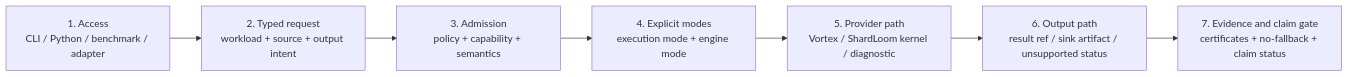
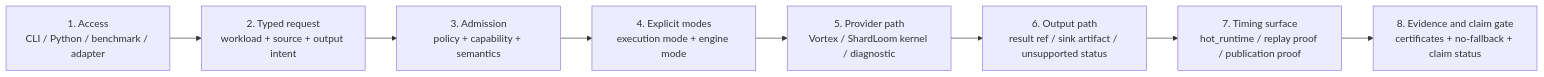
The first of 8 diagrams in website-public/assets/data/compute-engine-flow-reference.md (depsilon/shardloom), drawn with Mermaid before and after one commit. The commit also changed other lines of this file and 110 other files, not shown here.

First line of the commit message:
Overhaul website current-state evidence surface (#1139)

````diff
--- a/website-public/assets/data/compute-engine-flow-reference.md
+++ b/website-public/assets/data/compute-engine-flow-reference.md
@@ -173,12 +173,13 @@
 ```mermaid
 flowchart LR
     ACCESS["1. Access<br/>CLI / Python / benchmark / adapter"]
     REQUEST["2. Typed request<br/>workload + source + output intent"]
     ADMISSION["3. Admission<br/>policy + capability + semantics"]
     MODE["4. Explicit modes<br/>execution mode + engine mode"]
     PROVIDER["5. Provider path<br/>Vortex / ShardLoom kernel / diagnostic"]
     OUTPUT["6. Output path<br/>result ref / sink artifact / unsupported status"]
-    EVIDENCE["7. Evidence and claim gate<br/>certificates + no-fallback + claim status"]
+    TIMING["7. Timing surface<br/>hot_runtime / replay proof / publication proof"]
+    EVIDENCE["8. Evidence and claim gate<br/>certificates + no-fallback + claim status"]
 
-    ACCESS --> REQUEST --> ADMISSION --> MODE --> PROVIDER --> OUTPUT --> EVIDENCE
+    ACCESS --> REQUEST --> ADMISSION --> MODE --> PROVIDER --> OUTPUT --> TIMING --> EVIDENCE
 ```
````
